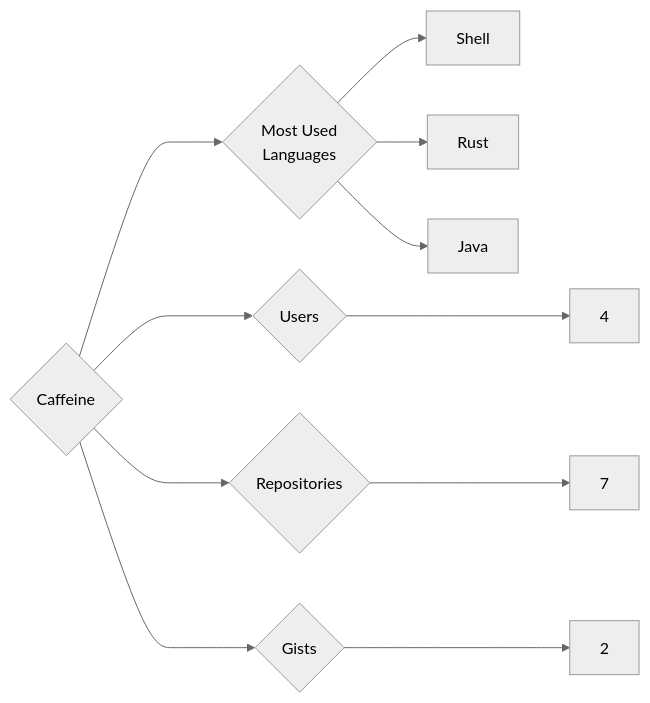
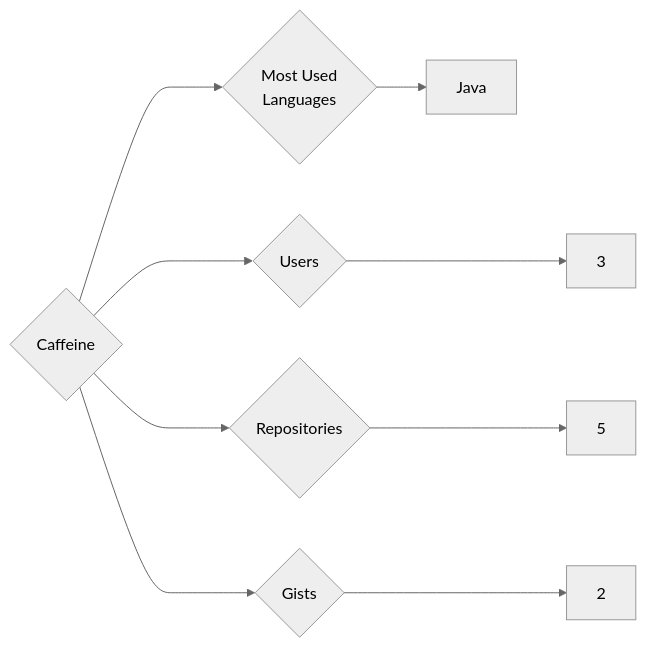
Before and after one commit to trickest/insiders: the diagram in targets/Caffeine/README.md, drawn with Mermaid (neutral theme). The commit also changed 1007 other files, not shown here.

````diff
--- a/targets/Caffeine/README.md
+++ b/targets/Caffeine/README.md
@@ -3,11 +3,9 @@
 ```mermaid
 graph LR
 COMPANY_NAME{Caffeine}
-COMPANY_NAME ---> U{Users} ---> UN[4]
-COMPANY_NAME ---> R{Repositories} ---> RN[7]
+COMPANY_NAME ---> U{Users} ---> UN[3]
+COMPANY_NAME ---> R{Repositories} ---> RN[5]
 COMPANY_NAME ---> G{Gists} ---> GN[2]
 COMPANY_NAME ---> ML{Most Used<br>Languages}
-ML --> Shell[Shell]
-ML --> Rust[Rust]
 ML --> Java[Java]
 ```
````
